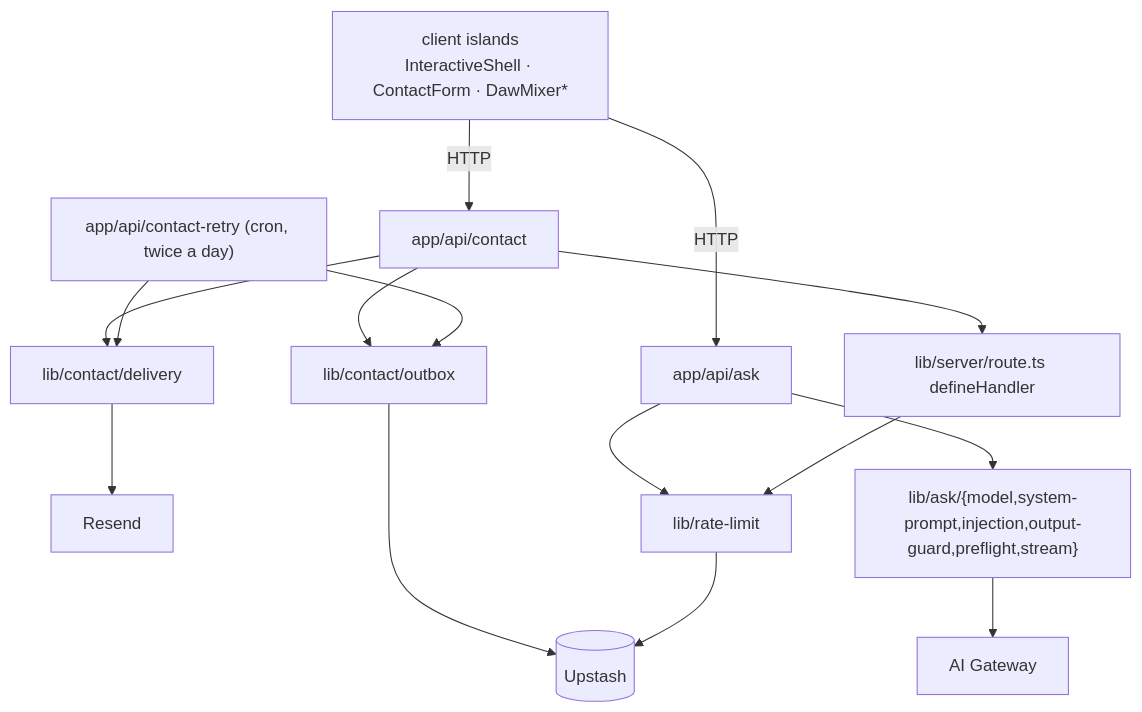
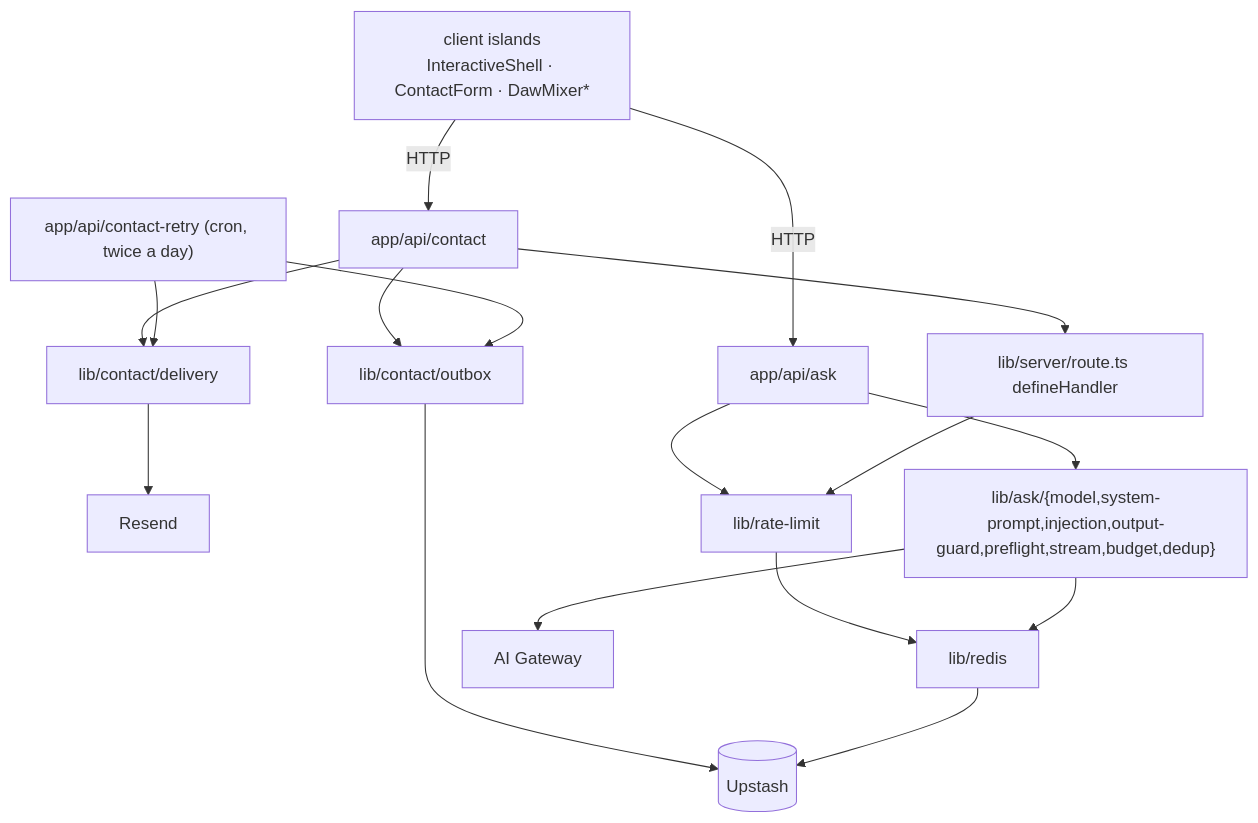
One commit to erikunha/portfolio changed the seventh of 7 diagrams in docs/01-architecture.md. Above: the diagram before and after it, drawn with Mermaid. The commit also changed other lines of this file and 14 other files, not shown here.

````diff
--- a/docs/01-architecture.md
+++ b/docs/01-architecture.md
@@ -146,17 +146,19 @@
 ```mermaid
 flowchart TD
     island["client islands<br/>InteractiveShell · ContactForm · DawMixer*"] -->|HTTP| apiask["app/api/ask"]
     island -->|HTTP| apicontact["app/api/contact"]
     apicontact --> defh["lib/server/route.ts defineHandler"]
     apicontact --> delivery["lib/contact/delivery"]
     apicontact --> outbox["lib/contact/outbox"]
     retry["app/api/contact-retry (cron, twice a day)"] --> delivery
     retry --> outbox
     outbox --> redis
     delivery --> resend["Resend"]
     apiask --> rl["lib/rate-limit"]
-    apiask --> askmod["lib/ask/{model,system-prompt,injection,output-guard,preflight,stream}"]
+    apiask --> askmod["lib/ask/{model,system-prompt,injection,output-guard,preflight,stream,budget,dedup}"]
     defh --> rl
-    rl --> redis[("Upstash")]
+    rl --> rds["lib/redis"]
+    askmod --> rds
+    rds --> redis[("Upstash")]
     askmod --> gw["AI Gateway"]
 ```
````
